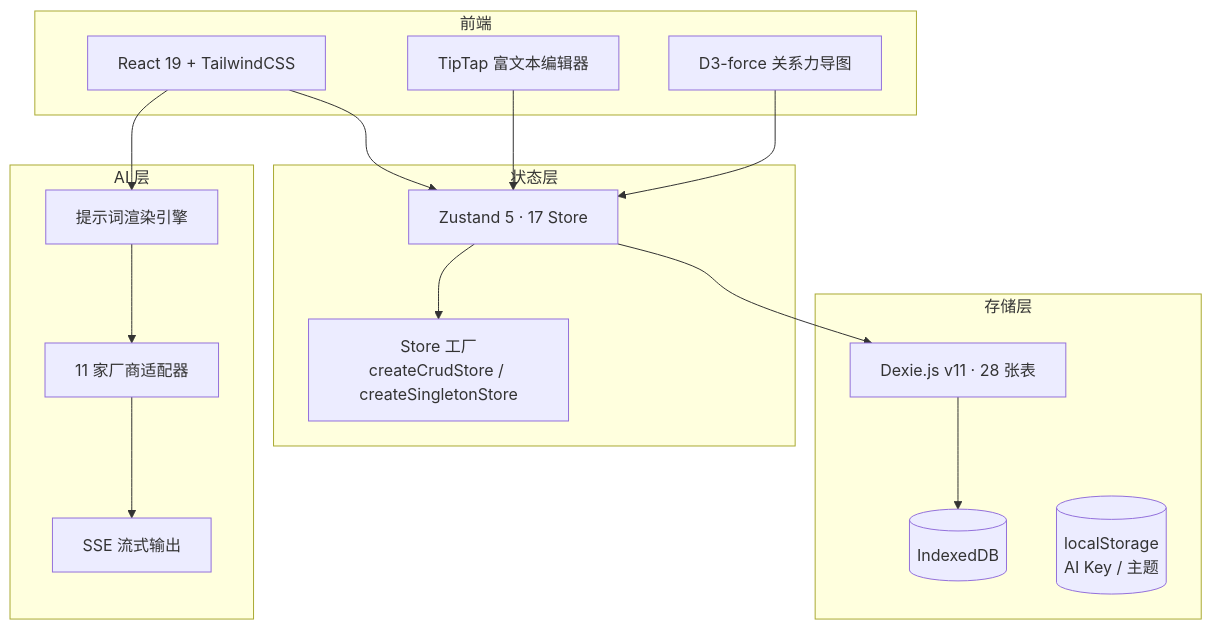
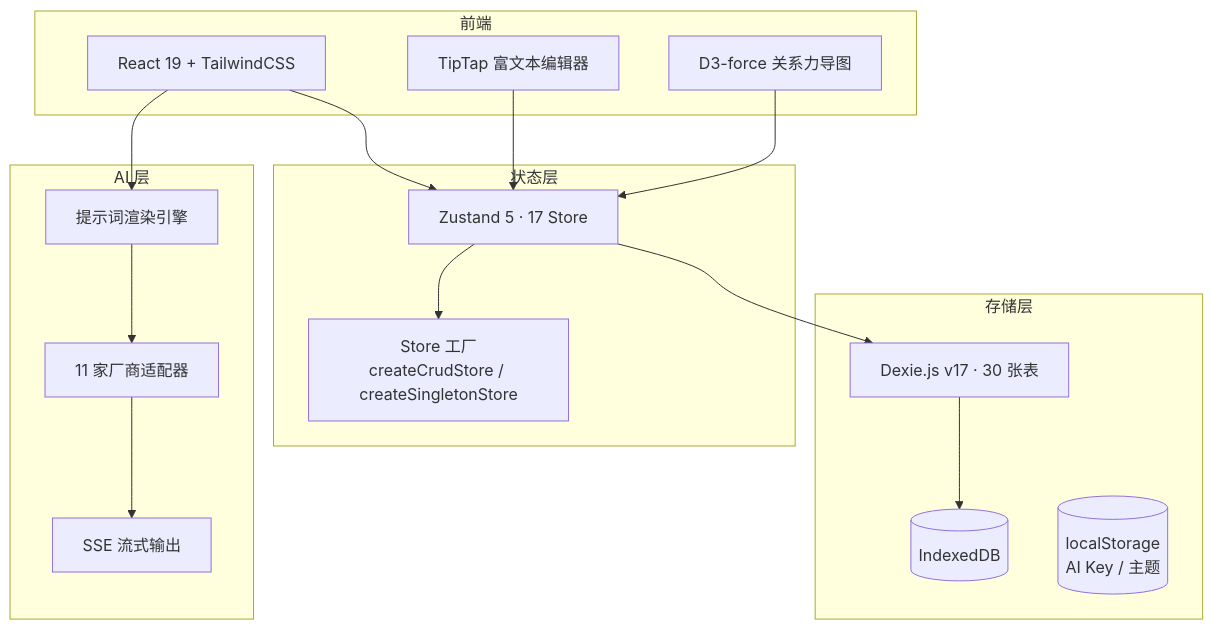
Before and after one commit to yuanbw2025/my-website: the first of 4 diagrams in storyforge/README.md, drawn with Mermaid. The commit also changed other lines of this file and 2 other files, not shown here.

````diff
--- a/storyforge/README.md
+++ b/storyforge/README.md
@@ -60,35 +60,35 @@
 ```mermaid
 graph TB
     subgraph 前端
         UI[React 19 + TailwindCSS]
         Editor[TipTap 富文本编辑器]
         Graph[D3-force 关系力导图]
     end
 
     subgraph 状态层
         Zustand[Zustand 5 · 17 Store]
         Factory[Store 工厂<br/>createCrudStore / createSingletonStore]
     end
 
     subgraph 存储层
-        Dexie[Dexie.js v11 · 28 张表]
+        Dexie[Dexie.js v17 · 30 张表]
         IDB[(IndexedDB)]
         LS[(localStorage<br/>AI Key / 主题)]
     end
 
     subgraph AI 层
         Engine[提示词渲染引擎]
         Adapters[11 家厂商适配器]
         SSE[SSE 流式输出]
     end
 
     UI --> Zustand
     Editor --> Zustand
     Graph --> Zustand
     Zustand --> Factory
     Zustand --> Dexie
     Dexie --> IDB
     UI --> Engine
     Engine --> Adapters
     Adapters --> SSE
 ```
````
